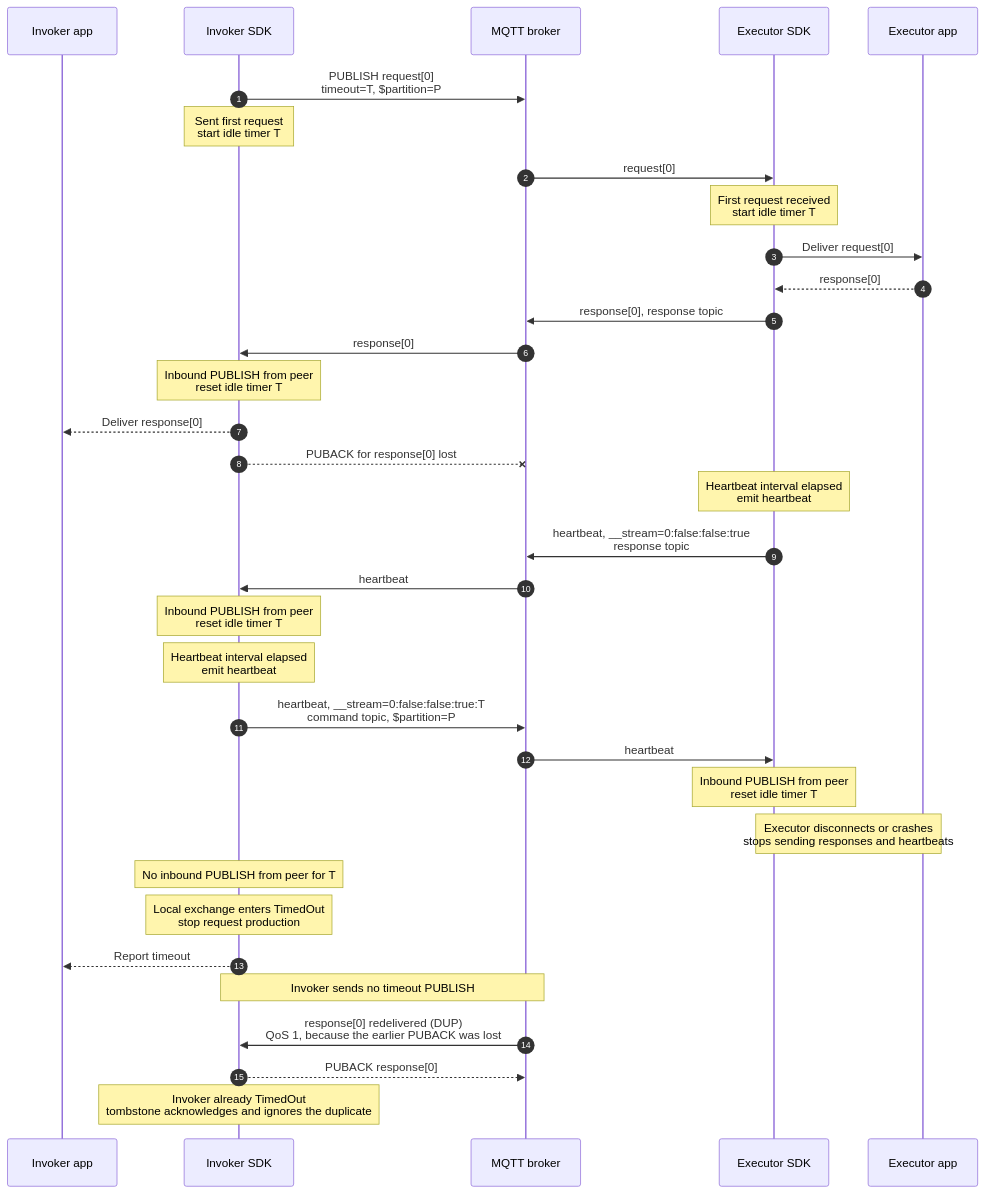
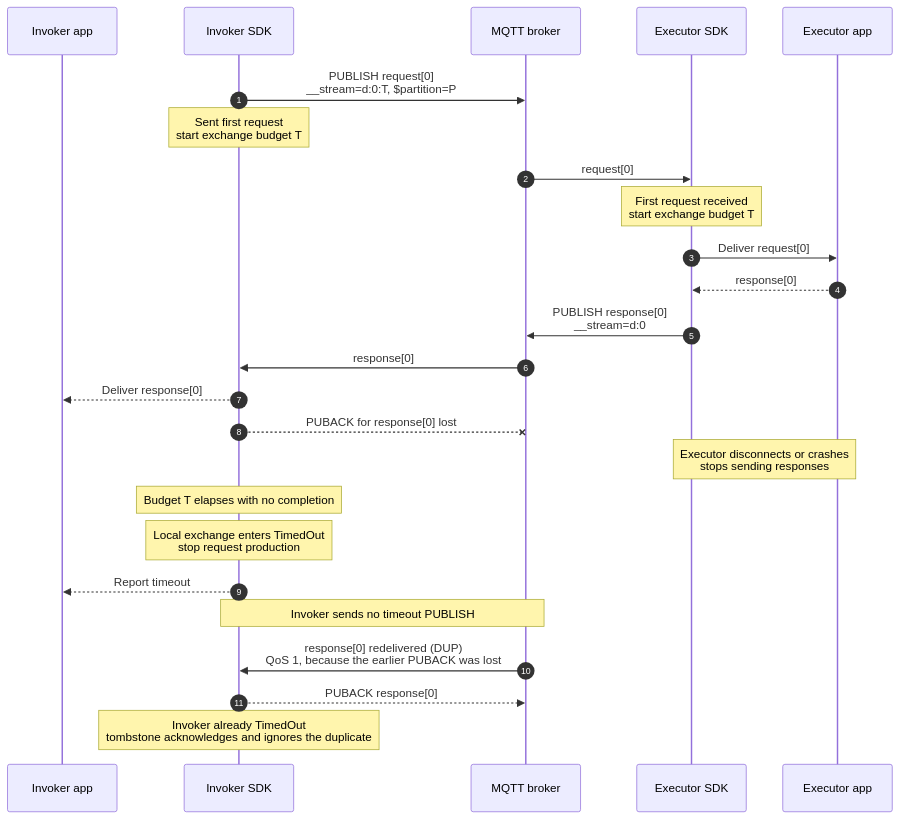
The fourth of 10 diagrams in doc/dev/adr/0025-rpc-streaming-lifecycle-diagrams.md (Azure/iot-operations-sdks), drawn with Mermaid before and after one commit. The commit also changed other lines of this file, not shown here.

Commit message:
refine terminology and clarify stream handling in RPC streaming documentation

````diff
--- a/doc/dev/adr/0025-rpc-streaming-lifecycle-diagrams.md
+++ b/doc/dev/adr/0025-rpc-streaming-lifecycle-diagrams.md
@@ -160,40 +151,30 @@
 ```mermaid
 sequenceDiagram
     autonumber
     participant IA as Invoker app
     participant IS as Invoker SDK
     participant B as MQTT broker
     participant ES as Executor SDK
     participant EA as Executor app
 
-    IS->>B: PUBLISH request[0]<br/>timeout=T, $partition=P
-    Note over IS: Sent first request<br/>start idle timer T
+    IS->>B: PUBLISH request[0]<br/>__stream=d:0:T, $partition=P
+    Note over IS: Sent first request<br/>start exchange budget T
     B->>ES: request[0]
-    Note over ES: First request received<br/>start idle timer T
+    Note over ES: First request received<br/>start exchange budget T
     ES->>EA: Deliver request[0]
     EA-->>ES: response[0]
-    ES->>B: response[0], response topic
+    ES->>B: PUBLISH response[0]<br/>__stream=d:0
     B->>IS: response[0]
-    Note over IS: Inbound PUBLISH from peer<br/>reset idle timer T
     IS-->>IA: Deliver response[0]
     IS--xB: PUBACK for response[0] lost
 
-    Note over ES: Heartbeat interval elapsed<br/>emit heartbeat
-    ES->>B: heartbeat, __stream=0:false:false:true<br/>response topic
-    B->>IS: heartbeat
-    Note over IS: Inbound PUBLISH from peer<br/>reset idle timer T
-    Note over IS: Heartbeat interval elapsed<br/>emit heartbeat
-    IS->>B: heartbeat, __stream=0:false:false:true:T<br/>command topic, $partition=P
-    B->>ES: heartbeat
-    Note over ES: Inbound PUBLISH from peer<br/>reset idle timer T
-
-    Note over ES,EA: Executor disconnects or crashes<br/>stops sending responses and heartbeats
-    Note over IS: No inbound PUBLISH from peer for T
+    Note over ES,EA: Executor disconnects or crashes<br/>stops sending responses
+    Note over IS: Budget T elapses with no completion
     Note over IS: Local exchange enters TimedOut<br/>stop request production
     IS-->>IA: Report timeout
     Note over IS,B: Invoker sends no timeout PUBLISH
 
     B->>IS: response[0] redelivered (DUP)<br/>QoS 1, because the earlier PUBACK was lost
     IS-->>B: PUBACK response[0]
     Note over IS: Invoker already TimedOut<br/>tombstone acknowledges and ignores the duplicate
 ```
````
